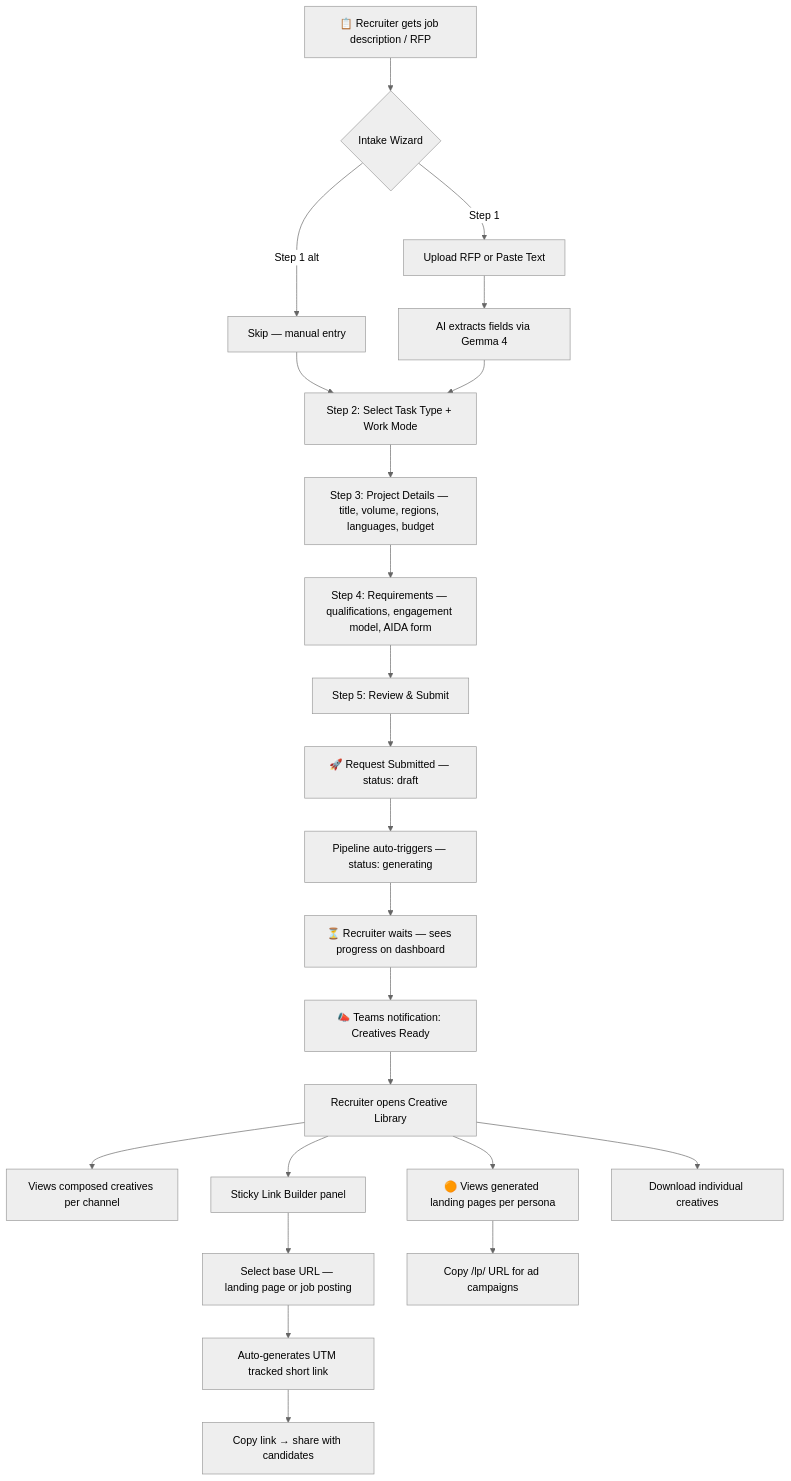
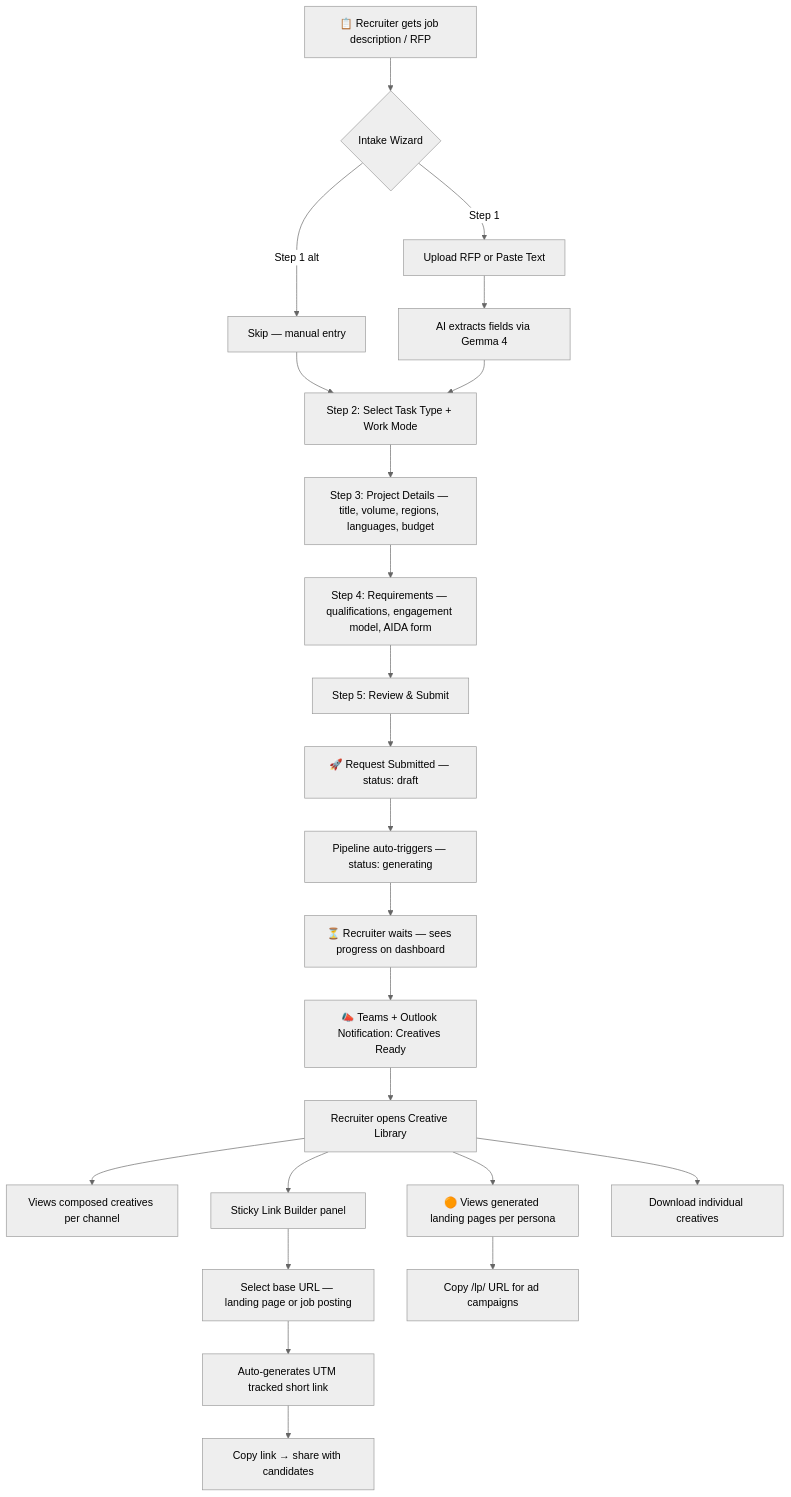
The first of 5 diagrams in docs/workflow/nova-workflow-maps.md (panp1/OneTake), drawn with Mermaid (neutral theme) before and after one commit. The commit also changed other lines of this file and 8 other files, not shown here.

First line of the commit message:
docs: update all workflow notifications to Teams + Outlook email

````diff
--- a/docs/workflow/nova-workflow-maps.md
+++ b/docs/workflow/nova-workflow-maps.md
@@ -14,30 +14,30 @@
 ```mermaid
 flowchart TD
     A[📋 Recruiter gets job description / RFP]
     A --> B{Intake Wizard}
     B -->|Step 1| B1[Upload RFP or Paste Text]
     B -->|Step 1 alt| B1a[Skip — manual entry]
     B1 --> B2[AI extracts fields via Gemma 4]
     B1a --> B3
     B2 --> B3[Step 2: Select Task Type + Work Mode]
     B3 --> B4[Step 3: Project Details — title, volume, regions, languages, budget]
     B4 --> B5[Step 4: Requirements — qualifications, engagement model, AIDA form]
     B5 --> B6[Step 5: Review & Submit]
     B6 --> C[🚀 Request Submitted — status: draft]
 
     C --> D[Pipeline auto-triggers — status: generating]
     D --> E[⏳ Recruiter waits — sees progress on dashboard]
-    E --> F[📣 Teams notification: Creatives Ready]
+    E --> F[📣 Teams + Outlook Notification: Creatives Ready]
 
     F --> G[Recruiter opens Creative Library]
     G --> H[Views composed creatives per channel]
     G --> I[Sticky Link Builder panel]
     I --> I1[Select base URL — landing page or job posting]
     I1 --> I2[Auto-generates UTM tracked short link]
     I2 --> I3[Copy link → share with candidates]
 
     G --> LP[🟠 Views generated landing pages per persona]
     LP --> LP1[Copy /lp/ URL for ad campaigns]
 
     G --> J[Download individual creatives]
 ```
````
